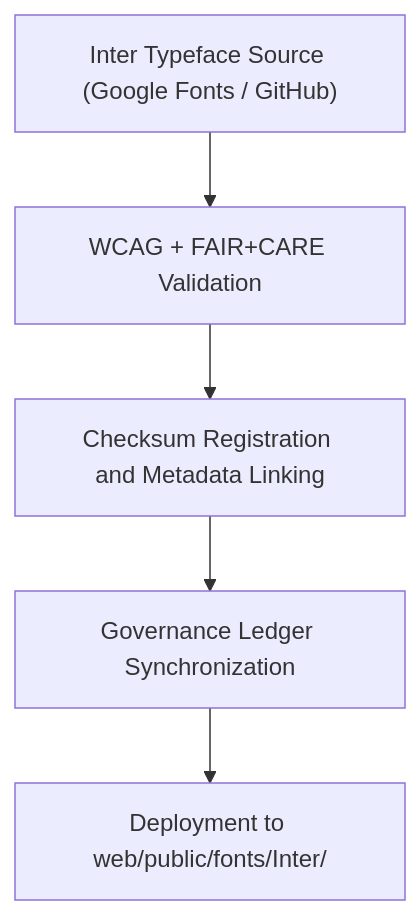
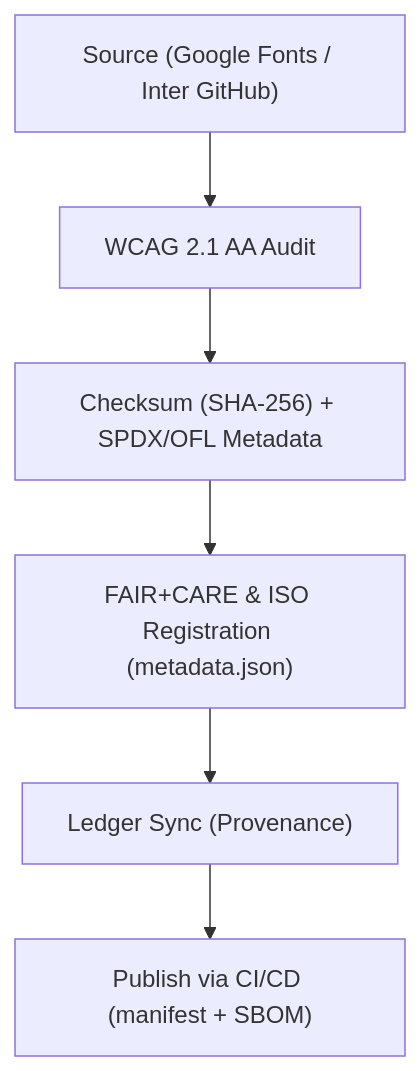
Before and after one commit to bartytime4life/Kansas-Frontier-Matrix: the diagram in web/public/fonts/Inter/README.md, drawn with Mermaid. The commit also changed other lines of this file, not shown here.

````diff
--- a/web/public/fonts/Inter/README.md
+++ b/web/public/fonts/Inter/README.md
@@ -65,7 +56,8 @@
 ```mermaid
 flowchart TD
-    A["Inter Typeface Source (Google Fonts / GitHub)"] --> B["WCAG + FAIR+CARE Validation"]
-    B --> C["Checksum Registration and Metadata Linking"]
-    C --> D["Governance Ledger Synchronization"]
-    D --> E["Deployment to web/public/fonts/Inter/"]
+A["Source (Google Fonts / Inter GitHub)"] --> B["WCAG 2.1 AA Audit"]
+B --> C["Checksum (SHA-256) + SPDX/OFL Metadata"]
+C --> D["FAIR+CARE & ISO Registration (metadata.json)"]
+D --> E["Ledger Sync (Provenance)"]
+E --> F["Publish via CI/CD (manifest + SBOM)"]
 ```
````
